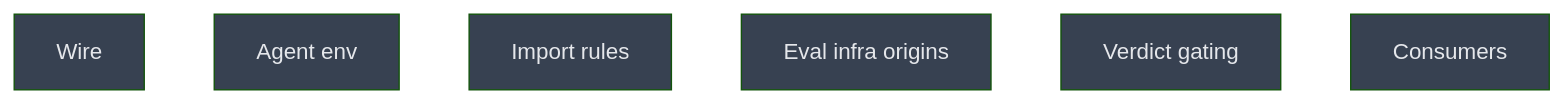
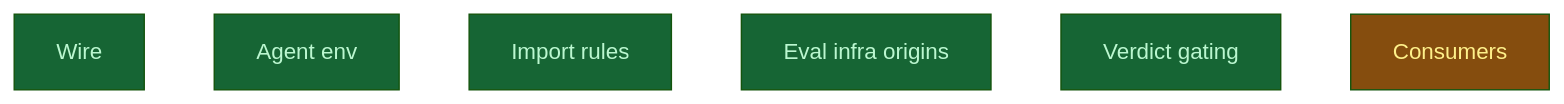
Before and after one commit to CrackingShells/Candler: the diagram in __roadmap__/m2c-wire-alignment/README.md, drawn with Mermaid (forest theme). The commit also changed other lines of this file and 1 other file, not shown here.

First line of the commit message:
rdm(experiment): close the m2c wire level and start its consumers

````diff
--- a/__roadmap__/m2c-wire-alignment/README.md
+++ b/__roadmap__/m2c-wire-alignment/README.md
@@ -122,14 +122,14 @@
 ```mermaid
 graph TD
-    wire[Wire]:::planned
-    agent_env[Agent env]:::planned
-    import_rules[Import rules]:::planned
-    eval_infra_origins[Eval infra origins]:::planned
-    verdict_gating[Verdict gating]:::planned
-    consumers[Consumers]:::planned
+    wire[Wire]:::done
+    agent_env[Agent env]:::done
+    import_rules[Import rules]:::done
+    eval_infra_origins[Eval infra origins]:::done
+    verdict_gating[Verdict gating]:::done
+    consumers[Consumers]:::inprogress
     classDef done       fill:#166534,color:#bbf7d0
     classDef inprogress fill:#854d0e,color:#fef08a
     classDef planned    fill:#374151,color:#e5e7eb
     classDef amendment  fill:#1e3a5f,color:#bfdbfe
     classDef blocked    fill:#7f1d1d,color:#fecaca
 ```
````
